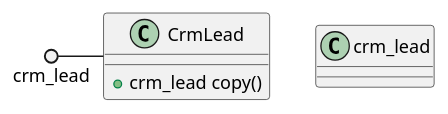
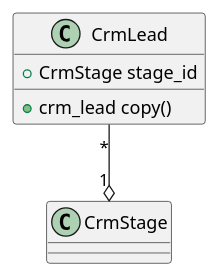
Before and after one commit to Dobtor/ProductivityTools: the diagram in dobtor_crm_opportunity_template/doc/uml.wsd, drawn with PlantUML. The commit also changed 7 other files, not shown here.

```diff
--- a/dobtor_crm_opportunity_template/doc/uml.wsd
+++ b/dobtor_crm_opportunity_template/doc/uml.wsd
@@ -1,13 +1,16 @@
 @startuml
 
-Class crm_lead { 
+
+Class CrmLead {
+    + CrmStage stage_id
+    + crm_lead copy()
+}
+
+Class CrmStage {
     
 }
 
-Class CrmLead {
-    + crm_lead copy()
-}
-
-crm_lead ()- CrmLead
-
+' crm_lead ()-- CrmLead
+' crm_stage ()-- CrmStage
+CrmLead "*" --o "1" CrmStage
 @enduml
```
